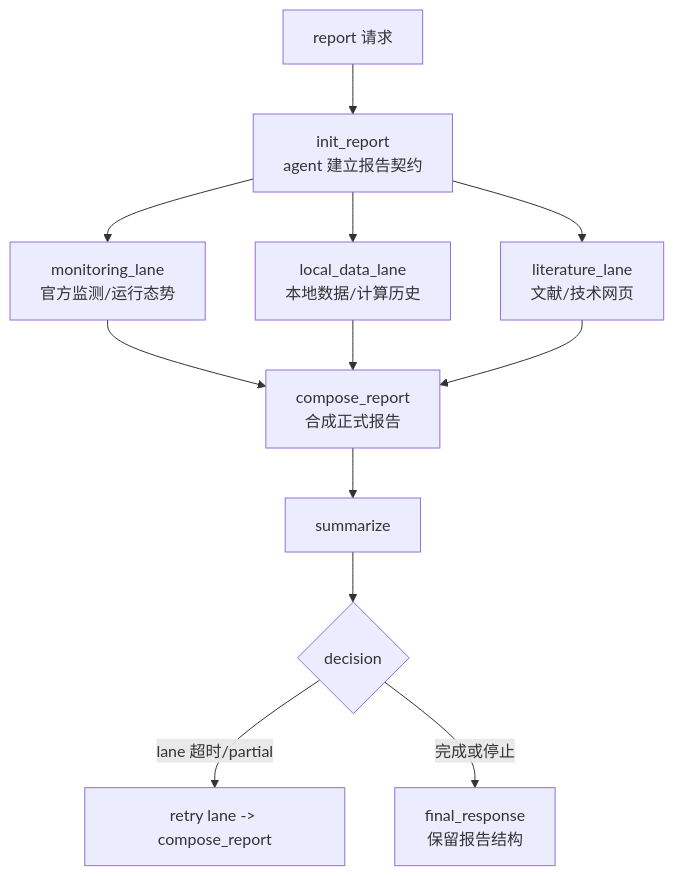
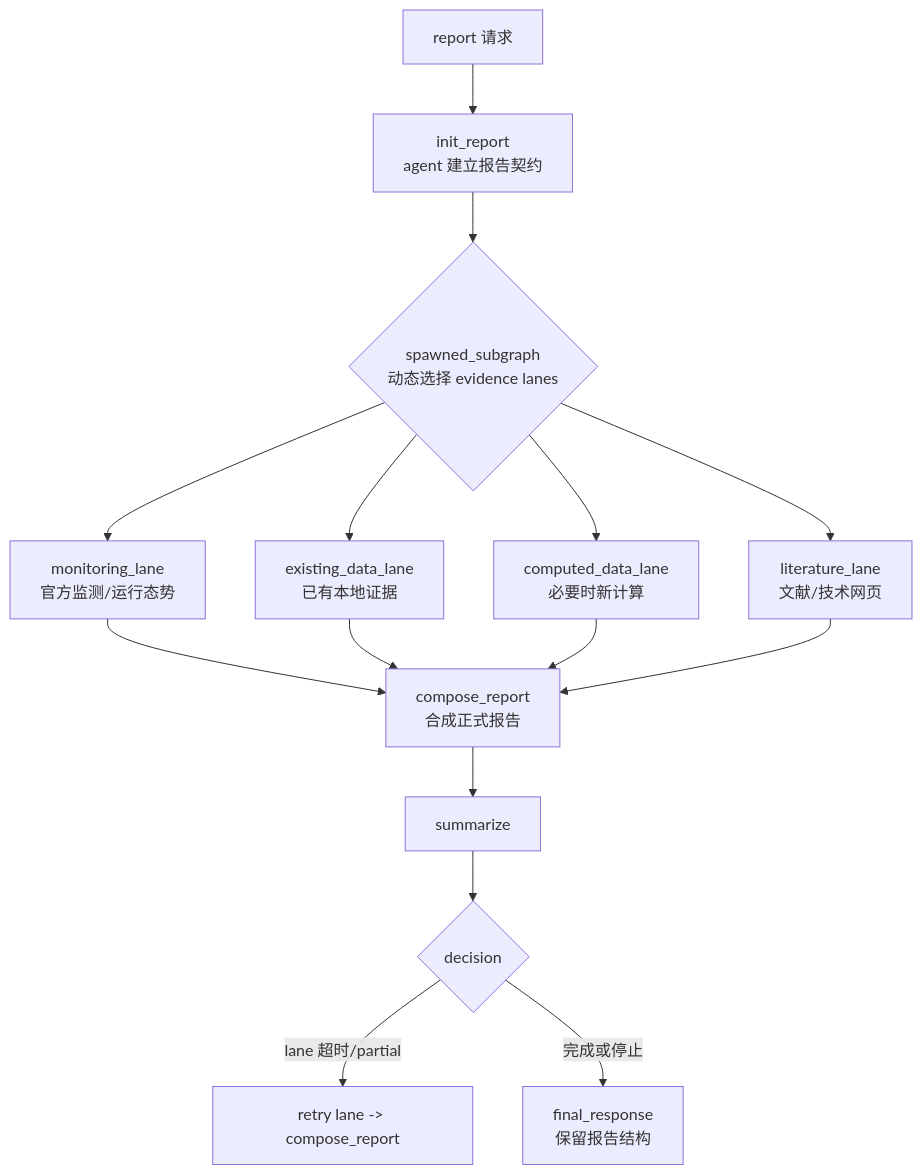
Before and after one commit to zhang-pei-feng/code2workspace: diagram 12 of 16 in docs/overview/supervisor-agent-function-flows.zh.md, drawn with Mermaid. The commit also changed other lines of this file and 31 other files, not shown here.

First line of the commit message:
强化 Supervisor Graph 智能体编排

````diff
--- a/docs/overview/supervisor-agent-function-flows.zh.md
+++ b/docs/overview/supervisor-agent-function-flows.zh.md
@@ -512,14 +542,17 @@
 ```mermaid
 flowchart TD
     R0[report 请求] --> R1[init_report<br/>agent 建立报告契约]
-    R1 --> R2[monitoring_lane<br/>官方监测/运行态势]
-    R1 --> R3[local_data_lane<br/>本地数据/计算历史]
-    R1 --> R4[literature_lane<br/>文献/技术网页]
+    R1 --> P{spawned_subgraph<br/>动态选择 evidence lanes}
+    P --> R2[monitoring_lane<br/>官方监测/运行态势]
+    P --> R3[existing_data_lane<br/>已有本地证据]
+    P --> R4[computed_data_lane<br/>必要时新计算]
+    P --> R7[literature_lane<br/>文献/技术网页]
     R2 --> R5[compose_report<br/>合成正式报告]
     R3 --> R5
     R4 --> R5
+    R7 --> R5
     R5 --> R6[summarize]
     R6 --> D{decision}
     D -->|lane 超时/partial| Retry[retry lane -> compose_report]
     D -->|完成或停止| F[final_response<br/>保留报告结构]
 ```
````
